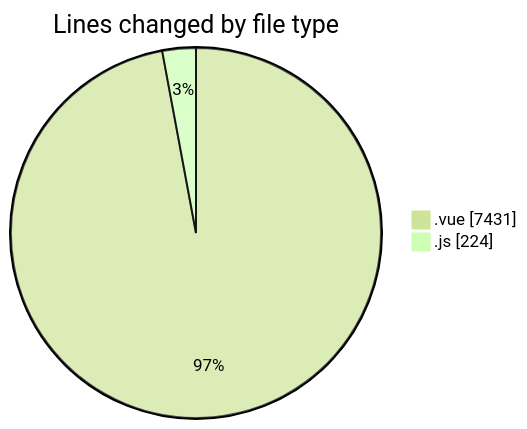
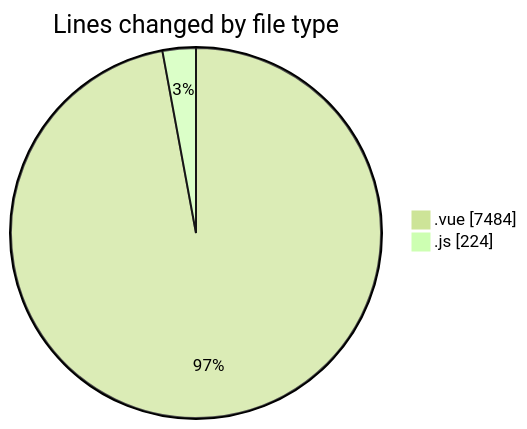
Before and after one commit to lephambinh05/code-tracking: the first of 2 diagrams in 2025-08-14/rentotp/README.md, drawn with Mermaid (forest theme). The commit also changed other lines of this file and 1 other file, not shown here.

````diff
--- a/2025-08-14/rentotp/README.md
+++ b/2025-08-14/rentotp/README.md
@@ -25,6 +25,6 @@
 ```mermaid
 pie showData
 title Lines changed by file type
-".vue" : 7431
+".vue" : 7484
 ".js" : 224
 ```
````
